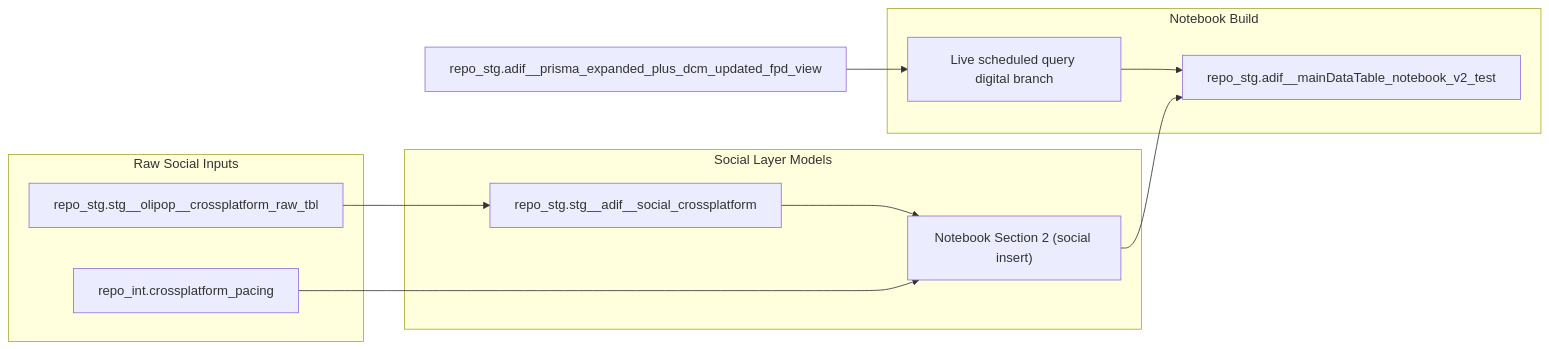
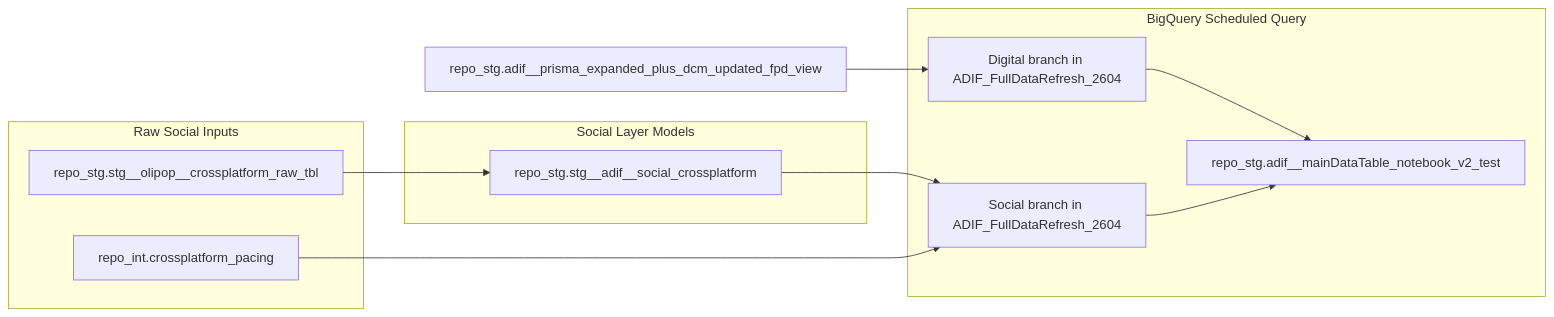
One commit to genetsen/looker_personal changed the diagram in adif/projects/social_layering/README.md. Above: the diagram before and after it, drawn with Mermaid. The commit also changed other lines of this file and 17 other files, not shown here.

````diff
--- a/adif/projects/social_layering/README.md
+++ b/adif/projects/social_layering/README.md
@@ -9,24 +9,24 @@
 ```mermaid
 flowchart LR
   subgraph raw_social["Raw Social Inputs"]
     social_raw["repo_stg.stg__olipop__crossplatform_raw_tbl"]
     pacing["repo_int.crossplatform_pacing"]
   end
 
   subgraph social_models["Social Layer Models"]
     social_stg["repo_stg.stg__adif__social_crossplatform"]
-    social_nb_s2["Notebook Section 2 (social insert)"]
   end
 
-  subgraph notebook["Notebook Build"]
-    social_nb_s1["Live scheduled query digital branch"]
+  subgraph scheduled_query["BigQuery Scheduled Query"]
+    social_sched["Social branch in ADIF_FullDataRefresh_2604"]
+    digital_sched["Digital branch in ADIF_FullDataRefresh_2604"]
     target_tbl["repo_stg.adif__mainDataTable_notebook_v2_test"]
   end
 
   social_raw --> social_stg
-  social_stg --> social_nb_s2
-  pacing --> social_nb_s2
-  core_upd["repo_stg.adif__prisma_expanded_plus_dcm_updated_fpd_view"] --> social_nb_s1
-  social_nb_s1 --> target_tbl
-  social_nb_s2 --> target_tbl
+  social_stg --> social_sched
+  pacing --> social_sched
+  core_upd["repo_stg.adif__prisma_expanded_plus_dcm_updated_fpd_view"] --> digital_sched
+  digital_sched --> target_tbl
+  social_sched --> target_tbl
 ```
````
